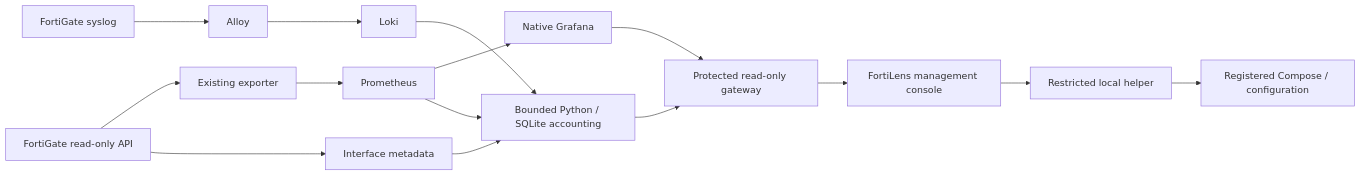
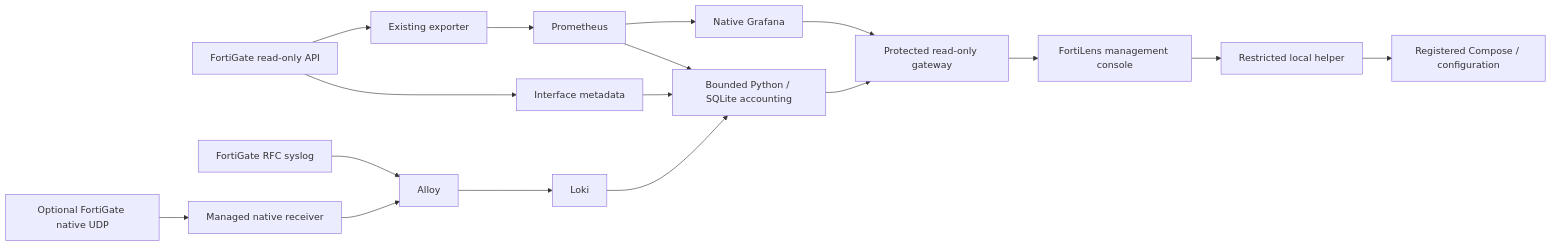
Before and after one commit to Rafattitas/fortilens: the diagram in docs/PROJECT_CONTEXT.md, drawn with Mermaid. The commit also changed other lines of this file and 26 other files, not shown here.

First line of the commit message:
Repair native FortiGate UDP ingestion and explicit monitoring selections

````diff
--- a/docs/PROJECT_CONTEXT.md
+++ b/docs/PROJECT_CONTEXT.md
@@ -17,16 +17,17 @@
 ```mermaid
 flowchart LR
     FG[FortiGate read-only API] --> EX[Existing exporter]
     EX --> PM[Prometheus]
     FG --> INV[Interface metadata]
-    SYS[FortiGate syslog] --> AL[Alloy] --> LK[Loki]
+    SYS[FortiGate RFC syslog] --> AL[Alloy] --> LK[Loki]
+    NATIVE[Optional FortiGate native UDP] --> RX[Managed native receiver] --> AL
     LK --> AC[Bounded Python / SQLite accounting]
     INV --> AC
     PM --> GF[Native Grafana]
     PM --> AC
     GF --> GW[Protected read-only gateway]
     AC --> GW
     GW --> UI[FortiLens management console]
     UI --> HP[Restricted local helper]
     HP --> CM[Registered Compose / configuration]
 ```
````
